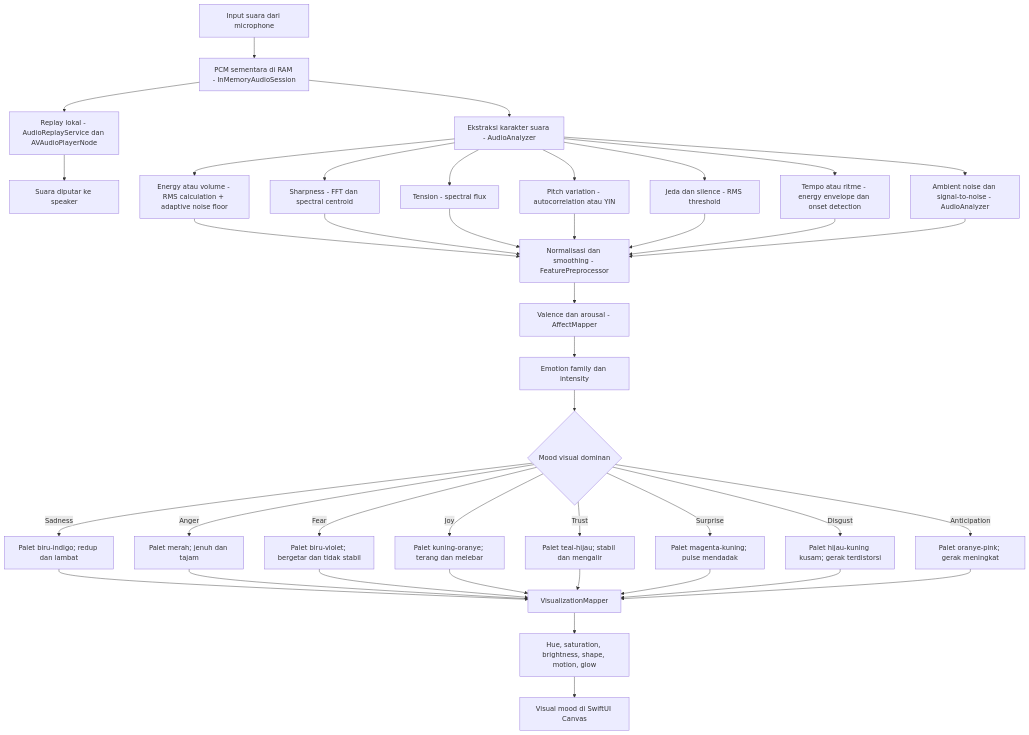
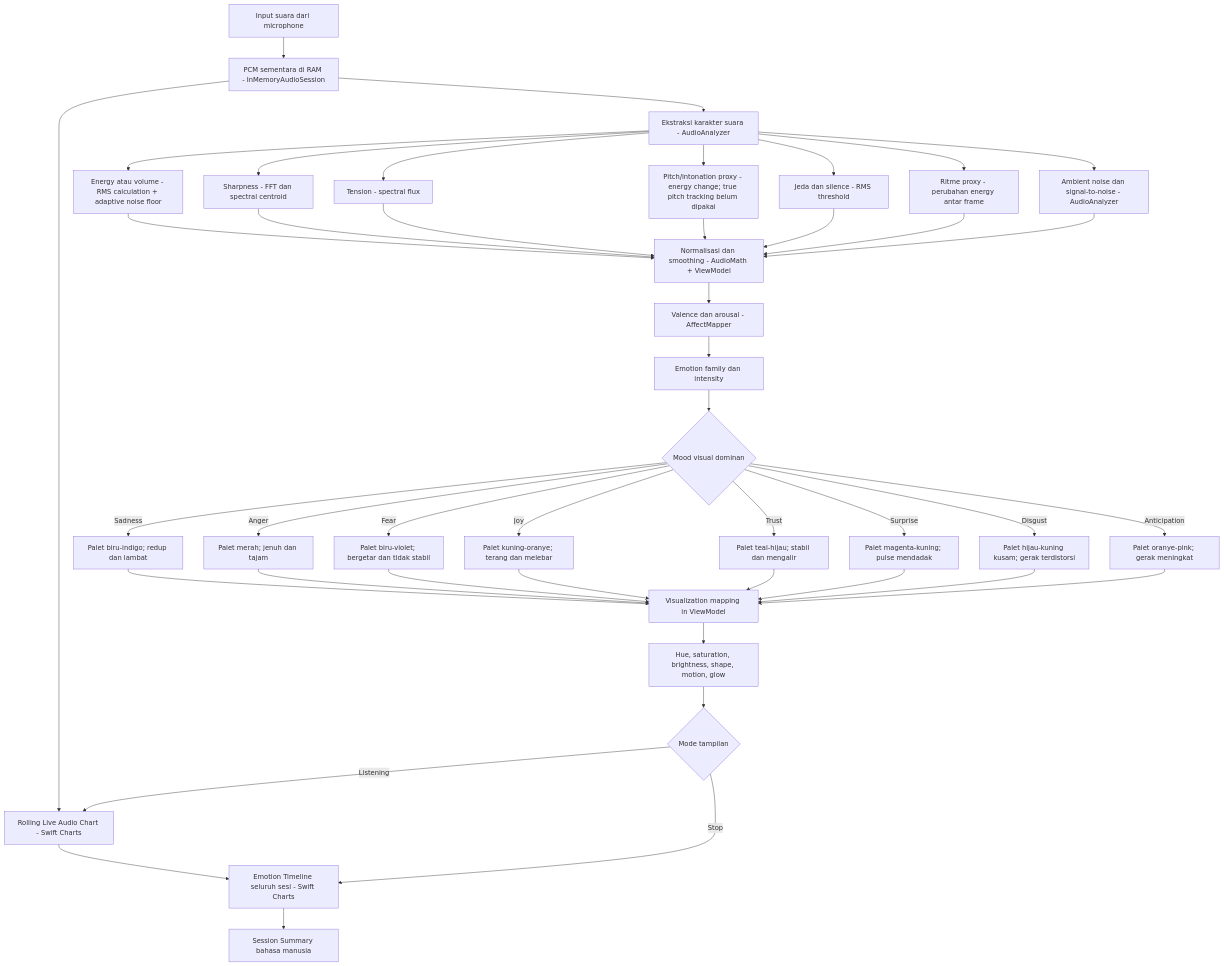
One commit to nunutech40/ConvertAudioToColor changed the first of 2 diagrams in audio-to-emotion-flowcharts.md. Above: the diagram before and after it, drawn with Mermaid. The commit also changed other lines of this file and 1 other file, not shown here.

Commit message:
sync design docs with audio chart pipeline

````diff
--- a/audio-to-emotion-flowcharts.md
+++ b/audio-to-emotion-flowcharts.md
@@ -7,48 +7,51 @@
 ```mermaid
 flowchart TD
     A[Input suara dari microphone] --> B[PCM sementara di RAM - InMemoryAudioSession]
     B --> C[Ekstraksi karakter suara - AudioAnalyzer]
     B --> Z[Replay lokal - AudioReplayService dan AVAudioPlayerNode]
     Z --> AA[Suara diputar ke speaker]
 
     C --> D[Energy atau volume - RMS calculation + adaptive noise floor]
     C --> E[Sharpness - FFT dan spectral centroid]
     C --> F[Tension - spectral flux]
-    C --> G[Pitch variation - autocorrelation atau YIN]
+    C --> G[Pitch/intonation proxy - energy change; true pitch tracking belum dipakai]
     C --> H[Jeda dan silence - RMS threshold]
-    C --> I[Tempo atau ritme - energy envelope dan onset detection]
+    C --> I[Ritme proxy - perubahan energy antar frame]
     C --> J[Ambient noise dan signal-to-noise - AudioAnalyzer]
 
-    D --> K[Normalisasi dan smoothing - FeaturePreprocessor]
+    D --> K[Normalisasi dan smoothing - AudioMath + ViewModel]
     E --> K
     F --> K
     G --> K
     H --> K
     I --> K
     J --> K
 
     K --> L[Valence dan arousal - AffectMapper]
     L --> M[Emotion family dan intensity]
 
     M --> N{Mood visual dominan}
     N -- Sadness --> O[Palet biru-indigo; redup dan lambat]
     N -- Anger --> P[Palet merah; jenuh dan tajam]
     N -- Fear --> Q[Palet biru-violet; bergetar dan tidak stabil]
     N -- Joy --> R[Palet kuning-oranye; terang dan melebar]
     N -- Trust --> S[Palet teal-hijau; stabil dan mengalir]
     N -- Surprise --> T[Palet magenta-kuning; pulse mendadak]
     N -- Disgust --> U[Palet hijau-kuning kusam; gerak terdistorsi]
     N -- Anticipation --> V[Palet oranye-pink; gerak meningkat]
 
-    O --> W[VisualizationMapper]
+    O --> W[Visualization mapping in ViewModel]
     P --> W
     Q --> W
     R --> W
     S --> W
     T --> W
     U --> W
     V --> W
 
     W --> X[Hue, saturation, brightness, shape, motion, glow]
-    X --> Y[Visual mood di SwiftUI Canvas]
+    X --> Y{Mode tampilan}
+    Y -- Listening --> Z[Rolling Live Audio Chart - Swift Charts]
+    Y -- Stop --> AA[Emotion Timeline seluruh sesi - Swift Charts]
+    AA --> AB[Session Summary bahasa manusia]
 ```
````
